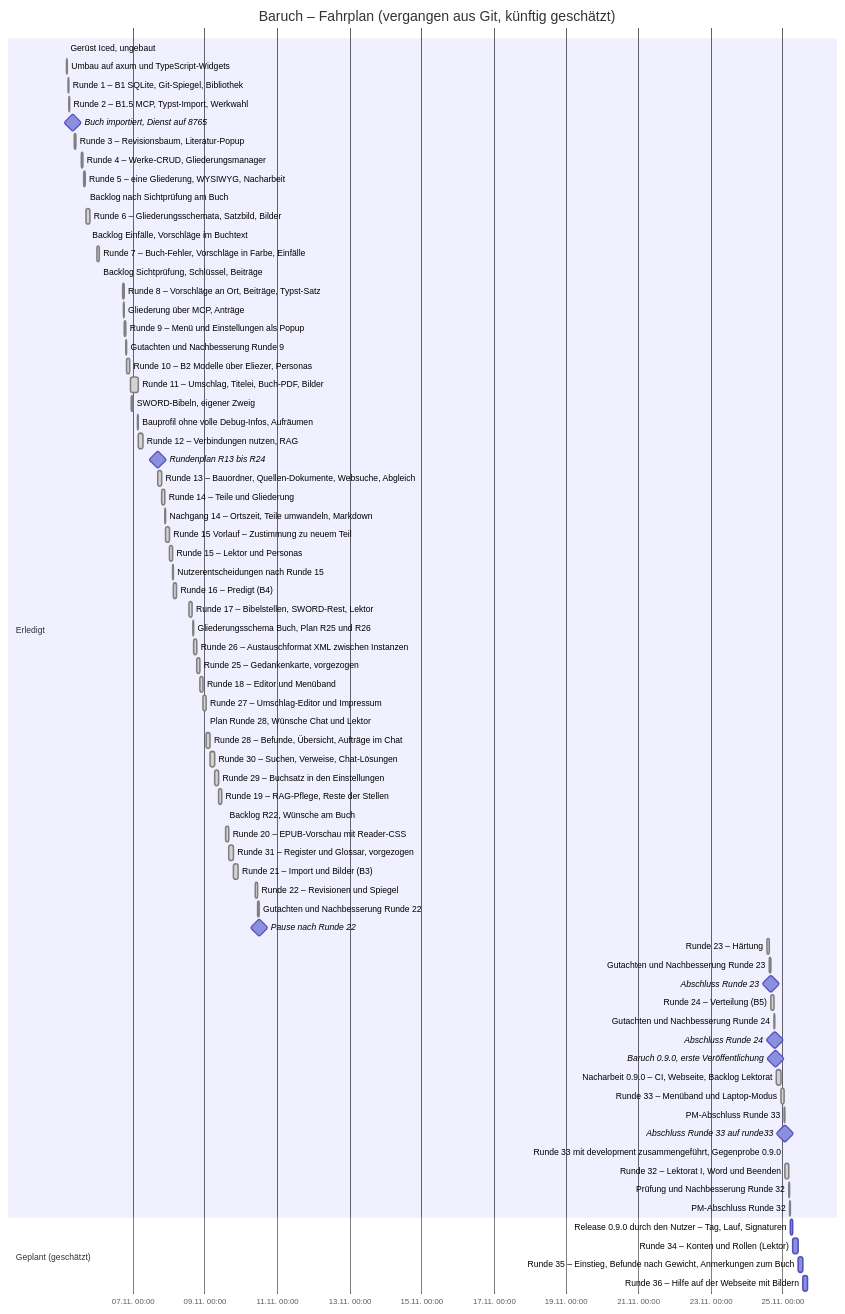
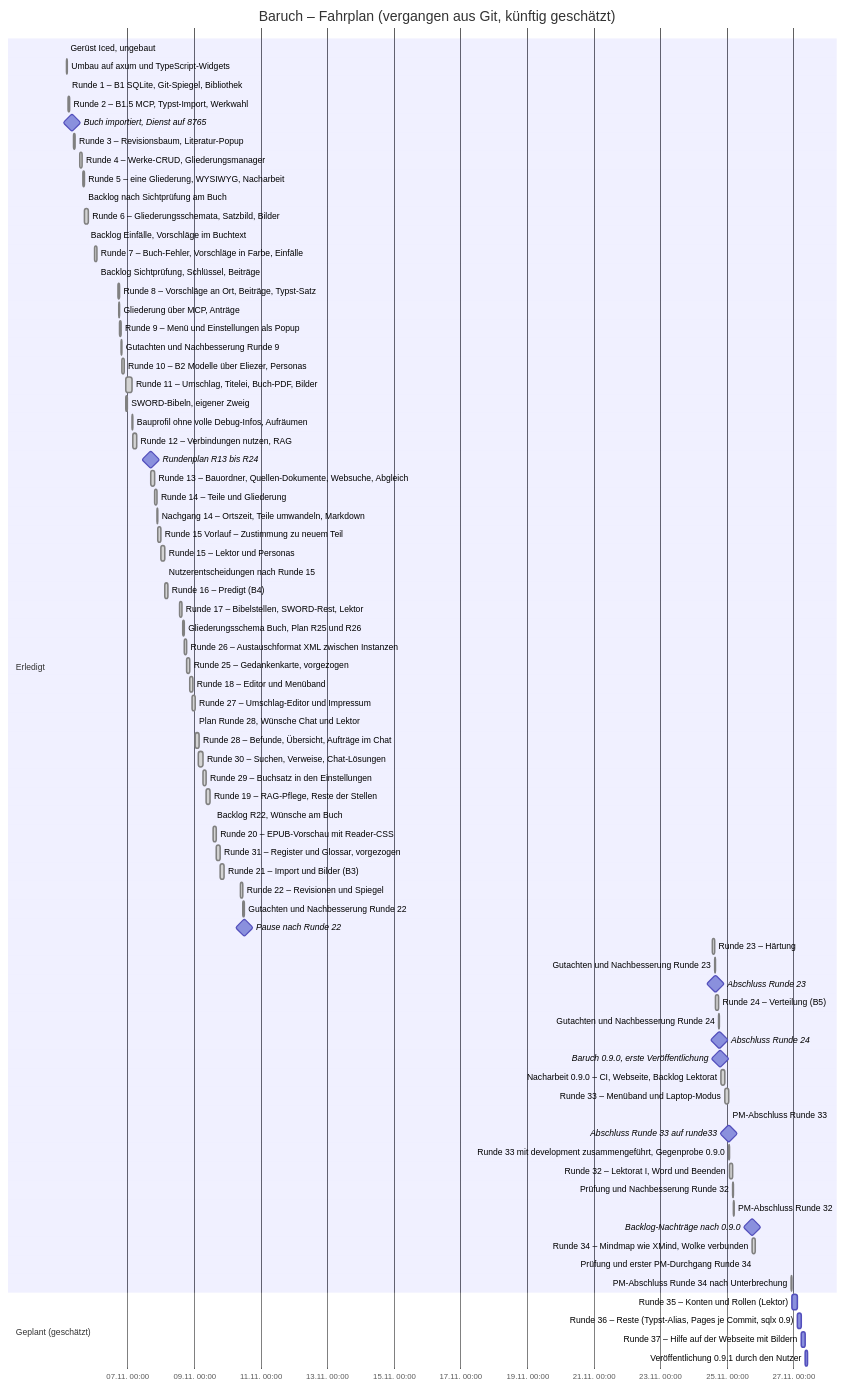
One commit to Beerlesklopfer/baruch changed the diagram in docs/Fahrplan.md. Above: the diagram before and after it, drawn with Mermaid. The commit also changed other lines of this file and 2 other files, not shown here.

````diff
--- a/docs/Fahrplan.md
+++ b/docs/Fahrplan.md
@@ -80,10 +80,15 @@
     Runde 32 – Lektorat I, Word und Beenden       :done, r32, 2026-11-25 01:39, 158m
     Prüfung und Nachbesserung Runde 32            :done, r32n, 2026-11-25 04:17, 25m
     PM-Abschluss Runde 32                         :done, r32p, 2026-11-25 04:42, 20m
+    Backlog-Nachträge nach 0.9.0                  :milestone, b090, 2026-11-25 18:21, 0m
+
+    Runde 34 – Mindmap wie XMind, Wolke verbunden :done, r34, 2026-11-25 18:21, 110m
+    Prüfung und erster PM-Durchgang Runde 34      :done, r34q, 2026-11-25 20:11, 10m
+    PM-Abschluss Runde 34 nach Unterbrechung      :done, r34p, 2026-11-26 22:28, 9m
 
     section Geplant (geschätzt)
-    Release 0.9.0 durch den Nutzer – Tag, Lauf, Signaturen :rel090, after r32p, 90m
-    Runde 34 – Konten und Rollen (Lektor)         :r34, after rel090, 240m
-    Runde 35 – Einstieg, Befunde nach Gewicht, Anmerkungen zum Buch :r35, after r34, 180m
-    Runde 36 – Hilfe auf der Webseite mit Bildern :r36, after r35, 180m
+    Runde 35 – Konten und Rollen (Lektor)         :r35, after r34p, 240m
+    Runde 36 – Reste (Typst-Alias, Pages je Commit, sqlx 0.9) :r36, after r35, 180m
+    Runde 37 – Hilfe auf der Webseite mit Bildern :r37, after r36, 180m
+    Veröffentlichung 0.9.1 durch den Nutzer       :rel091, after r37, 90m
 ```
````
